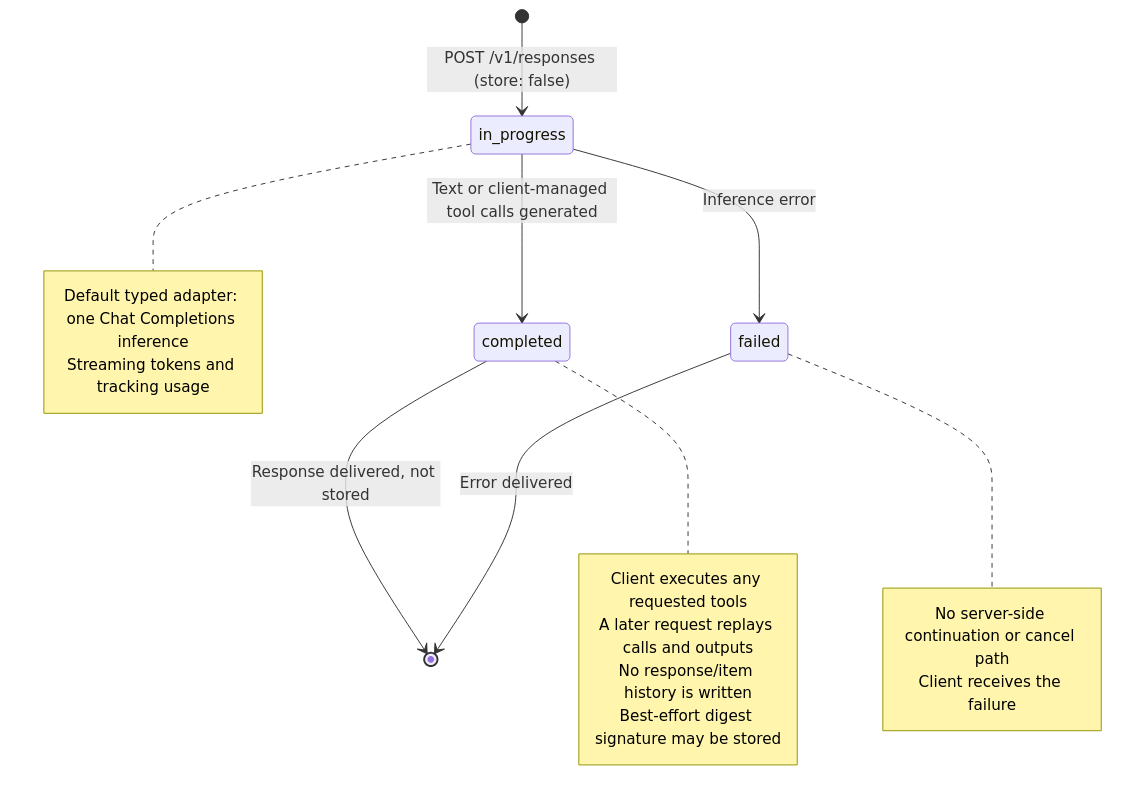
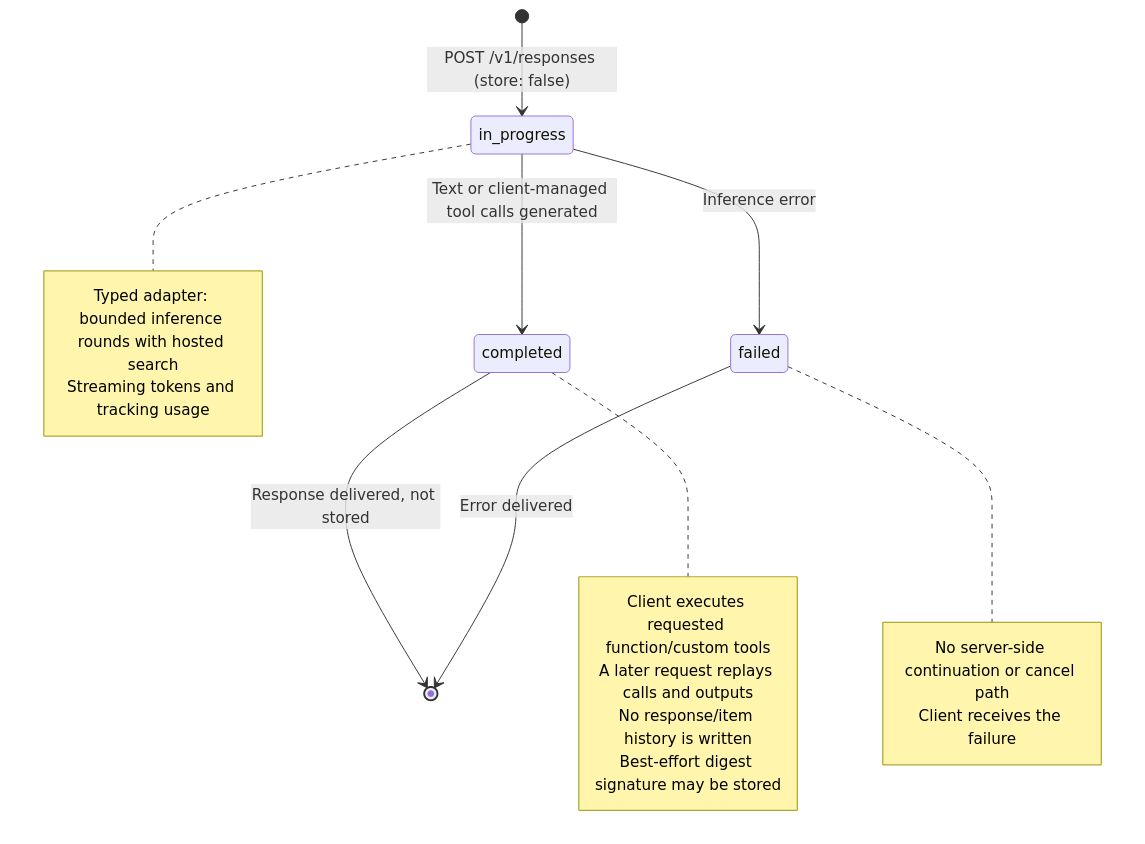
One commit to nearai/cloud-api changed diagram 12 of 16 in docs/architecture/c4-diagrams.md. Above: the diagram before and after it, drawn with Mermaid. The commit also changed other lines of this file and 20 other files, not shown here.

Commit message:
fix(responses): retain request-scoped hosted web search

````diff
--- a/docs/architecture/c4-diagrams.md
+++ b/docs/architecture/c4-diagrams.md
@@ -777,27 +778,27 @@
 ```mermaid
 stateDiagram-v2
     [*] --> in_progress: POST /v1/responses (store: false)
 
     in_progress --> completed: Text or client-managed tool calls generated
     in_progress --> failed: Inference error
 
     completed --> [*]: Response delivered, not stored
     failed --> [*]: Error delivered
 
     note right of in_progress
-        Default typed adapter: one Chat Completions inference
+        Typed adapter: bounded inference rounds with hosted search
         Streaming tokens and tracking usage
     end note
 
     note right of completed
-        Client executes any requested tools
+        Client executes requested function/custom tools
         A later request replays calls and outputs
         No response/item history is written
         Best-effort digest signature may be stored
     end note
 
     note right of failed
         No server-side continuation or cancel path
         Client receives the failure
     end note
 ```
````
